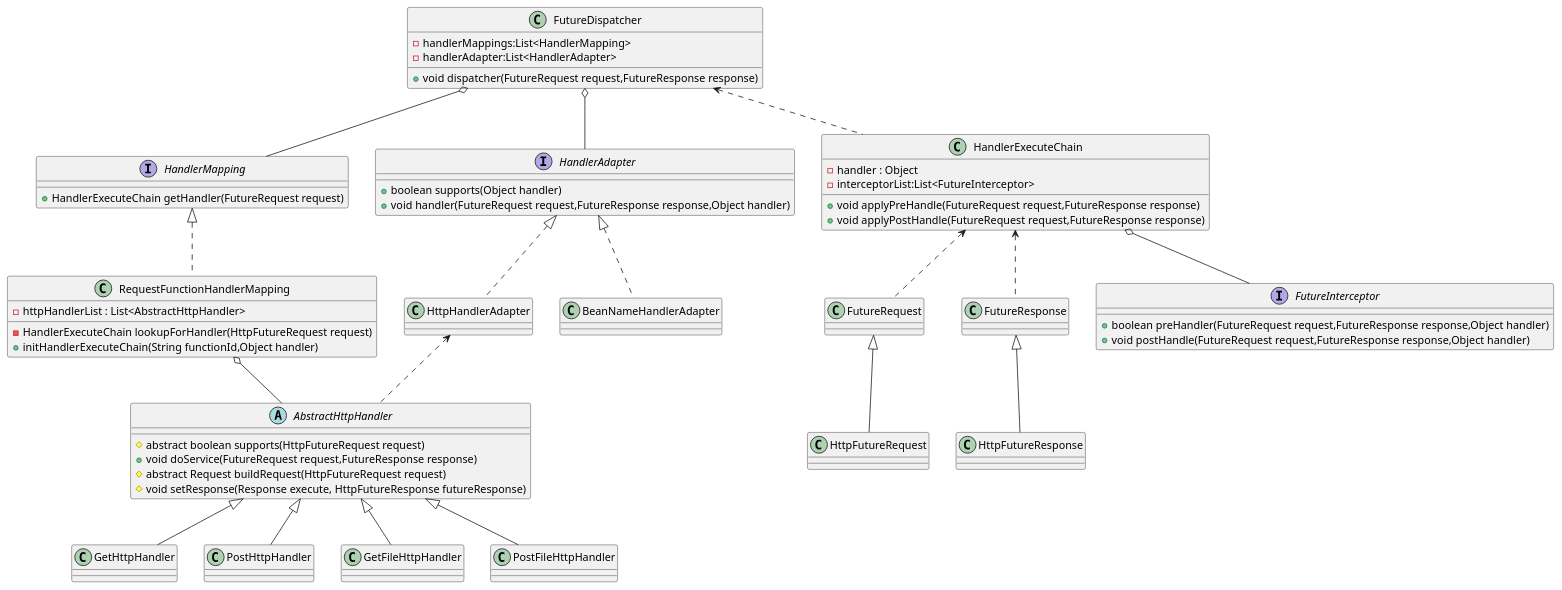
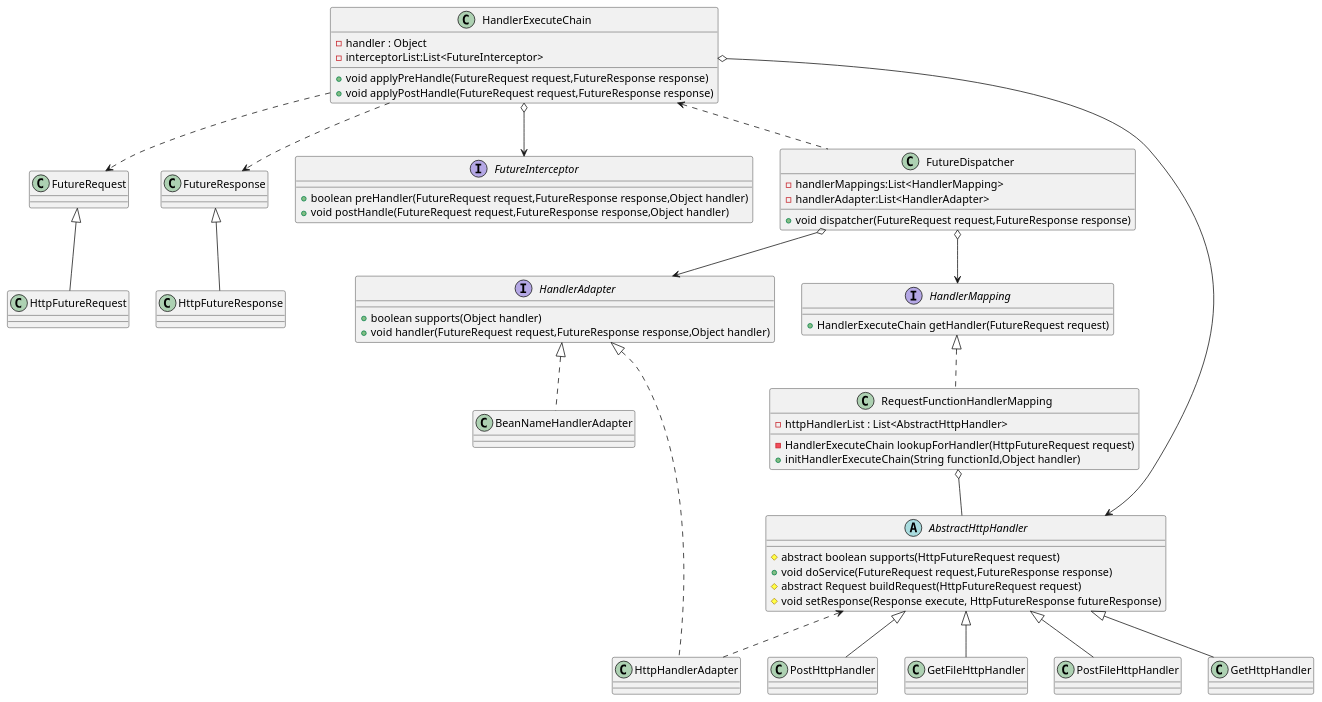
Before and after one commit to Ivanyanqi/future: the diagram in umldesc.puml, drawn with PlantUML. The commit also changed 1 other file, not shown here.

```diff
--- a/umldesc.puml
+++ b/umldesc.puml
@@ -1,81 +1,82 @@
 @startuml
 'https://plantuml.com/class-diagram
 
 class FutureRequest
 class FutureResponse
 class HttpFutureRequest
 class HttpFutureResponse
 FutureRequest <|-- HttpFutureRequest
 FutureResponse <|-- HttpFutureResponse
 
 
 interface HandlerMapping {
     + HandlerExecuteChain getHandler(FutureRequest request)
 }
 
 interface HandlerAdapter{
     + boolean supports(Object handler)
     + void handler(FutureRequest request,FutureResponse response,Object handler)
 }
 interface FutureInterceptor{
     + boolean preHandler(FutureRequest request,FutureResponse response,Object handler)
     + void postHandle(FutureRequest request,FutureResponse response,Object handler)
 }
 
 
 class HttpHandlerAdapter
 class BeanNameHandlerAdapter
 HandlerAdapter <|.. HttpHandlerAdapter
 HandlerAdapter <|.. BeanNameHandlerAdapter
 
 class HandlerExecuteChain{
     - handler : Object
     - interceptorList:List<FutureInterceptor>
     + void applyPreHandle(FutureRequest request,FutureResponse response)
     + void applyPostHandle(FutureRequest request,FutureResponse response)
 }
 
-HandlerExecuteChain o-- FutureInterceptor
-HandlerExecuteChain <.. FutureRequest
-HandlerExecuteChain <.. FutureResponse
+HandlerExecuteChain o--> FutureInterceptor
+HandlerExecuteChain ..> FutureRequest
+HandlerExecuteChain ..> FutureResponse
 
 
 class RequestFunctionHandlerMapping{
    - httpHandlerList : List<AbstractHttpHandler>
    - HandlerExecuteChain lookupForHandler(HttpFutureRequest request)
    + initHandlerExecuteChain(String functionId,Object handler)
 }
 
 
 HandlerMapping <|.. RequestFunctionHandlerMapping
 
 
 class FutureDispatcher{
     - handlerMappings:List<HandlerMapping>
     - handlerAdapter:List<HandlerAdapter>
     + void dispatcher(FutureRequest request,FutureResponse response)
 }
-FutureDispatcher o-- HandlerMapping
-FutureDispatcher o-- HandlerAdapter
-FutureDispatcher <.. HandlerExecuteChain
+FutureDispatcher o--> HandlerMapping
+FutureDispatcher o--> HandlerAdapter
+HandlerExecuteChain <.. FutureDispatcher
 
 abstract class AbstractHttpHandler{
     # abstract boolean supports(HttpFutureRequest request)
     + void doService(FutureRequest request,FutureResponse response)
     # abstract Request buildRequest(HttpFutureRequest request)
     # void setResponse(Response execute, HttpFutureResponse futureResponse)
 }
 class GetHttpHandler
 class PostHttpHandler
 class GetFileHttpHandler
 class PostFileHttpHandler
 
 AbstractHttpHandler <|-- GetHttpHandler
 AbstractHttpHandler <|-- PostHttpHandler
 AbstractHttpHandler <|-- GetFileHttpHandler
 AbstractHttpHandler <|-- PostFileHttpHandler
 
 RequestFunctionHandlerMapping o-- AbstractHttpHandler
-HttpHandlerAdapter <.. AbstractHttpHandler
+AbstractHttpHandler <.. HttpHandlerAdapter
 
+HandlerExecuteChain o--> AbstractHttpHandler
 @enduml
```
